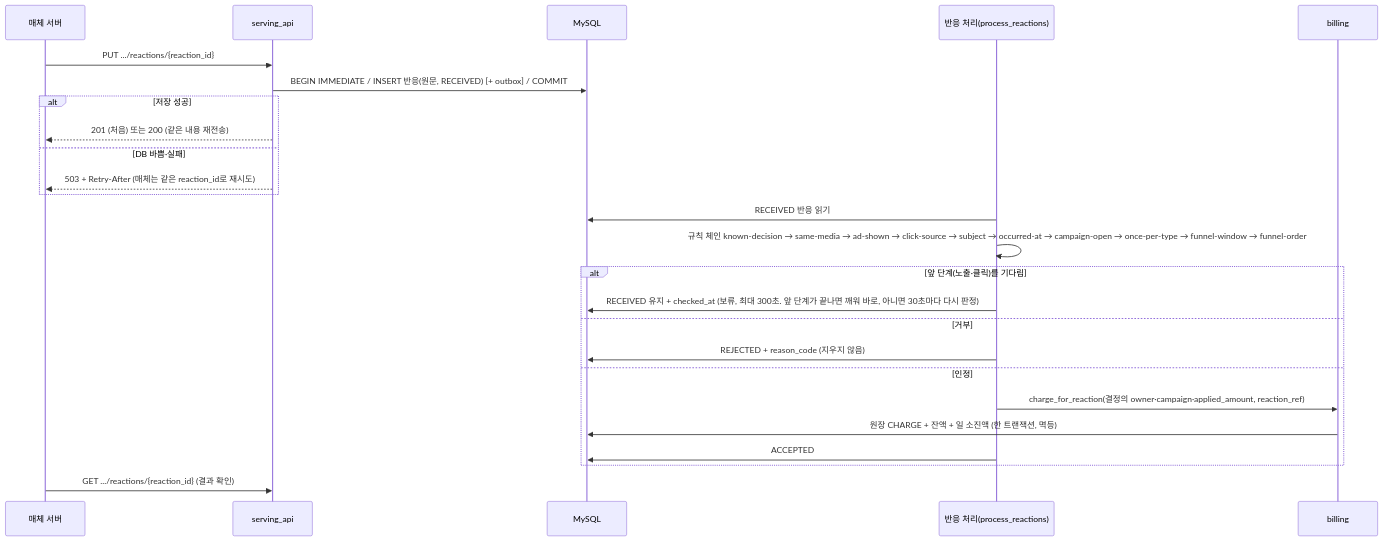
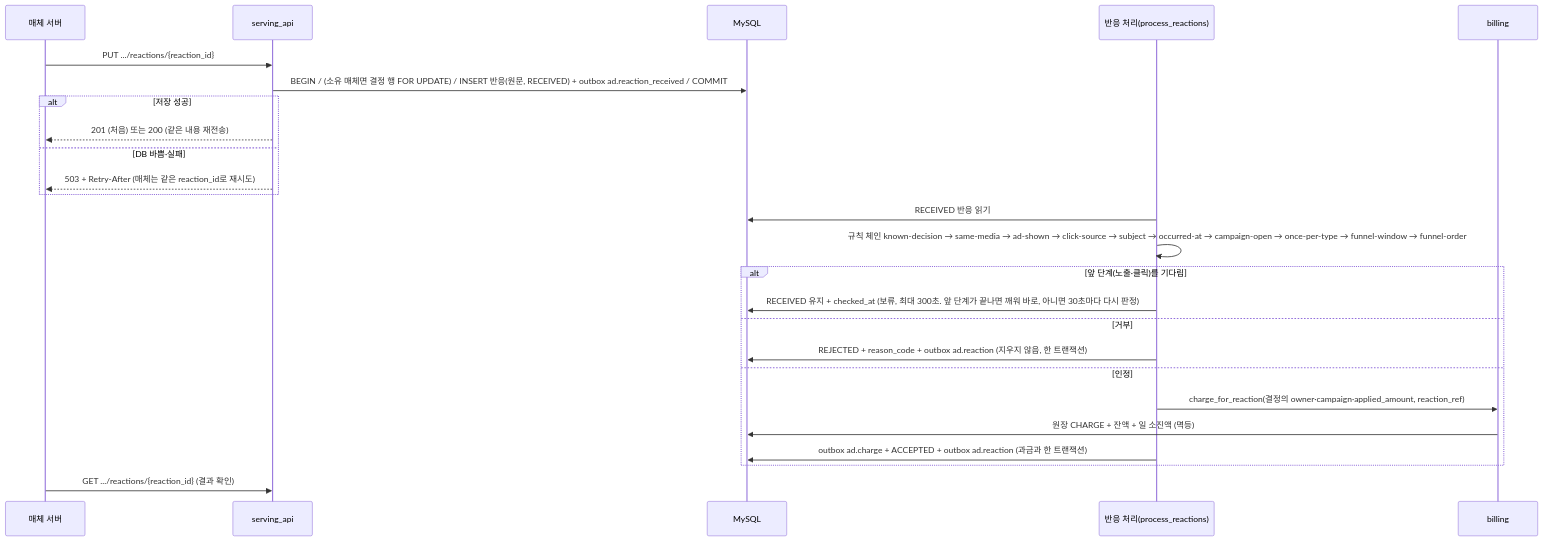
One commit to encore-ai-campus/mlo-01-p3-team2 changed the seventh of 7 diagrams in docs/ads-server/ads-server-drd.md. Above: the diagram before and after it, drawn with Mermaid. The commit also changed other lines of this file and 4 other files, not shown here.

````diff
--- a/docs/ads-server/ads-server-drd.md
+++ b/docs/ads-server/ads-server-drd.md
@@ -839,28 +854,28 @@
 ```mermaid
 sequenceDiagram
     participant M as 매체 서버
     participant S as serving_api
     participant DB as MySQL
     participant P as 반응 처리(process_reactions)
     participant B as billing
 
     M->>S: PUT .../reactions/{reaction_id}
-    S->>DB: BEGIN IMMEDIATE / INSERT 반응(원문, RECEIVED) [+ outbox] / COMMIT
+    S->>DB: BEGIN / (소유 매체면 결정 행 FOR UPDATE) / INSERT 반응(원문, RECEIVED) + outbox ad.reaction_received / COMMIT
     alt 저장 성공
         S-->>M: 201 (처음) 또는 200 (같은 내용 재전송)
     else DB 바쁨·실패
         S-->>M: 503 + Retry-After (매체는 같은 reaction_id로 재시도)
     end
     P->>DB: RECEIVED 반응 읽기
     P->>P: 규칙 체인 known-decision → same-media → ad-shown → click-source → subject → occurred-at → campaign-open → once-per-type → funnel-window → funnel-order
     alt 앞 단계(노출·클릭)를 기다림
         P->>DB: RECEIVED 유지 + checked_at (보류, 최대 300초. 앞 단계가 끝나면 깨워 바로, 아니면 30초마다 다시 판정)
     else 거부
-        P->>DB: REJECTED + reason_code (지우지 않음)
+        P->>DB: REJECTED + reason_code + outbox ad.reaction (지우지 않음, 한 트랜잭션)
     else 인정
         P->>B: charge_for_reaction(결정의 owner·campaign·applied_amount, reaction_ref)
-        B->>DB: 원장 CHARGE + 잔액 + 일 소진액 (한 트랜잭션, 멱등)
-        P->>DB: ACCEPTED
+        B->>DB: 원장 CHARGE + 잔액 + 일 소진액 (멱등)
+        P->>DB: outbox ad.charge + ACCEPTED + outbox ad.reaction (과금과 한 트랜잭션)
     end
     M->>S: GET .../reactions/{reaction_id} (결과 확인)
 ```
````
